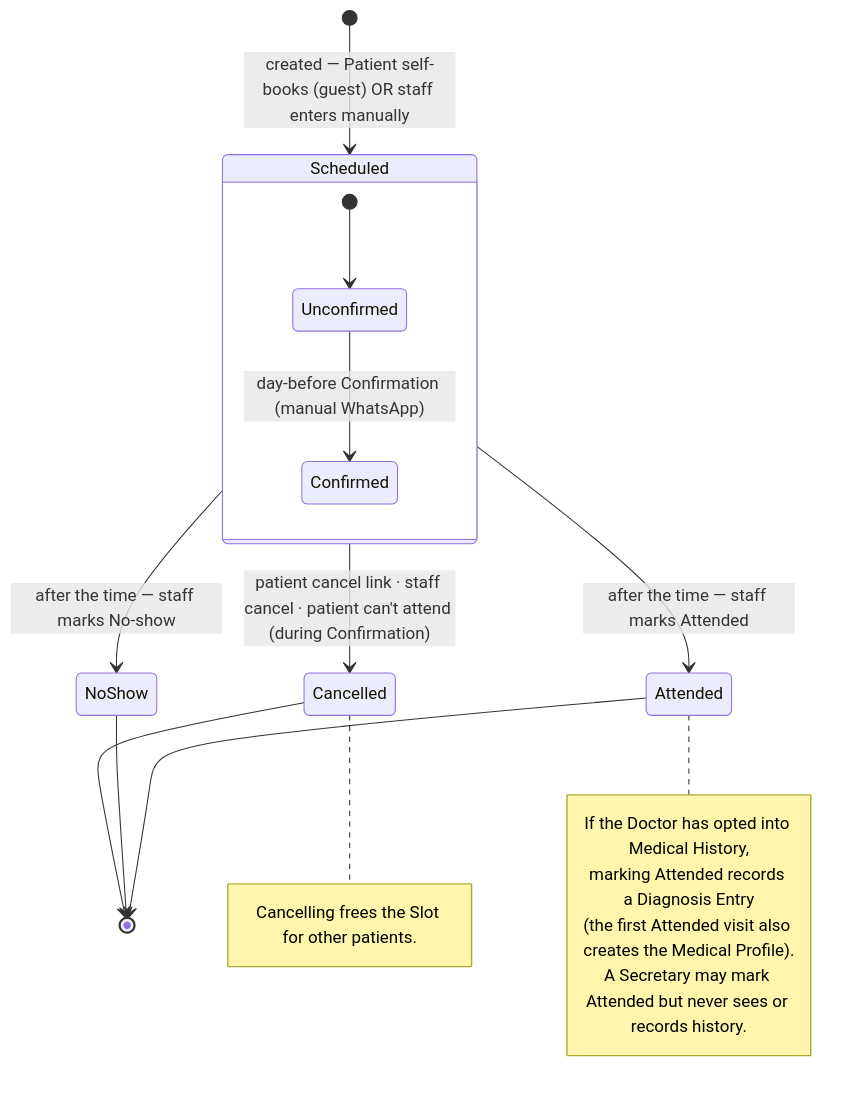
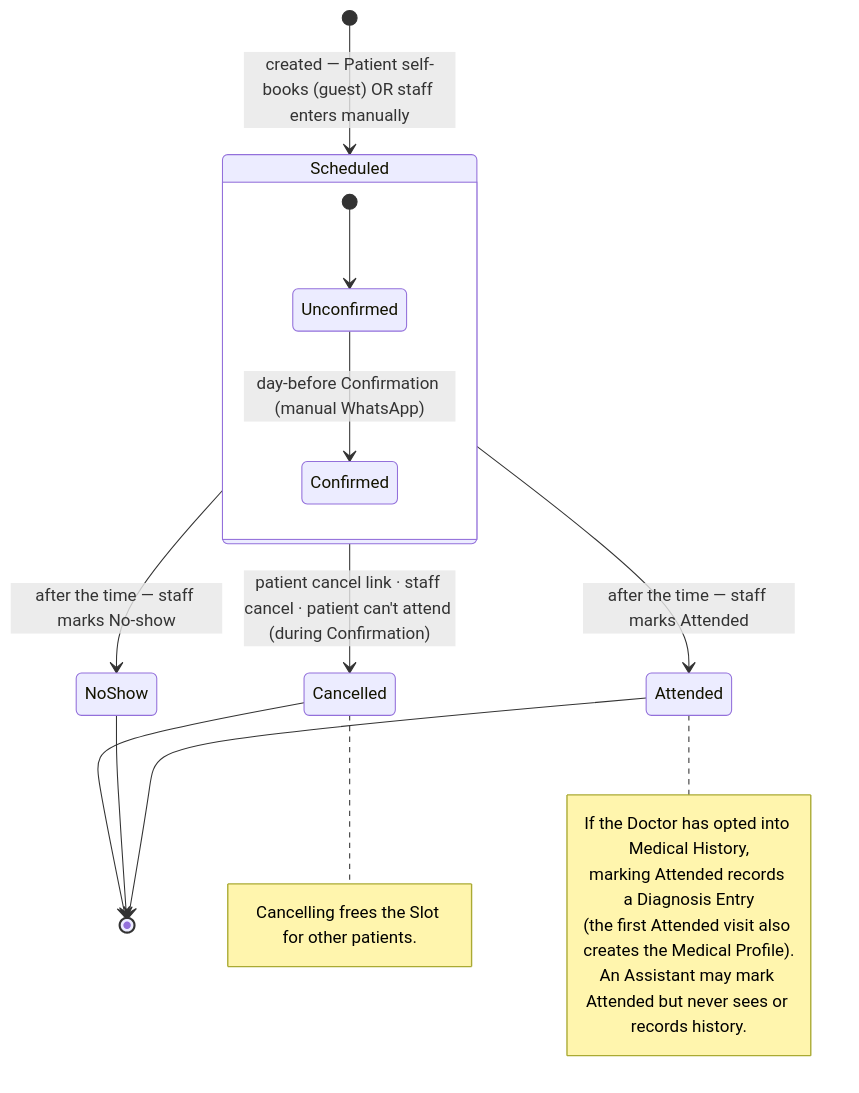
Before and after one commit to DaleneyRuben/alivia: the first of 4 diagrams in docs/flows/domain-lifecycles.md, drawn with Mermaid. The commit also changed other lines of this file and 10 other files, not shown here.

Commit message:
rename secretary role to assistant across docs

````diff
--- a/docs/flows/domain-lifecycles.md
+++ b/docs/flows/domain-lifecycles.md
@@ -15,27 +15,27 @@
 ```mermaid
 stateDiagram-v2
     [*] --> Scheduled: created — Patient self-books (guest) OR staff enters manually
 
     state Scheduled {
         [*] --> Unconfirmed
         Unconfirmed --> Confirmed: day-before Confirmation (manual WhatsApp)
     }
 
     Scheduled --> Cancelled: patient cancel link · staff cancel · patient can't attend (during Confirmation)
     Scheduled --> Attended: after the time — staff marks Attended
     Scheduled --> NoShow: after the time — staff marks No-show
 
     Attended --> [*]
     NoShow --> [*]
     Cancelled --> [*]
 
     note right of Cancelled
         Cancelling frees the Slot for other patients.
     end note
     note right of Attended
         If the Doctor has opted into Medical History,
         marking Attended records a Diagnosis Entry
         (the first Attended visit also creates the Medical Profile).
-        A Secretary may mark Attended but never sees or records history.
+        An Assistant may mark Attended but never sees or records history.
     end note
 ```
````
